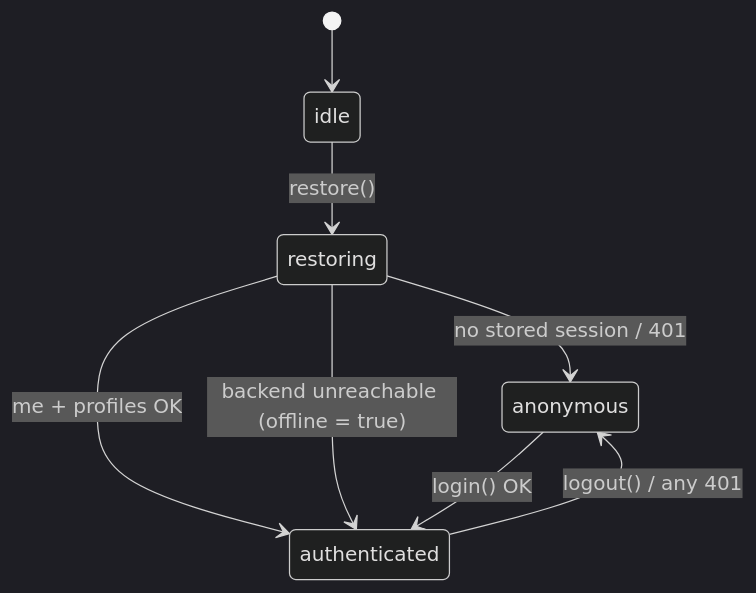
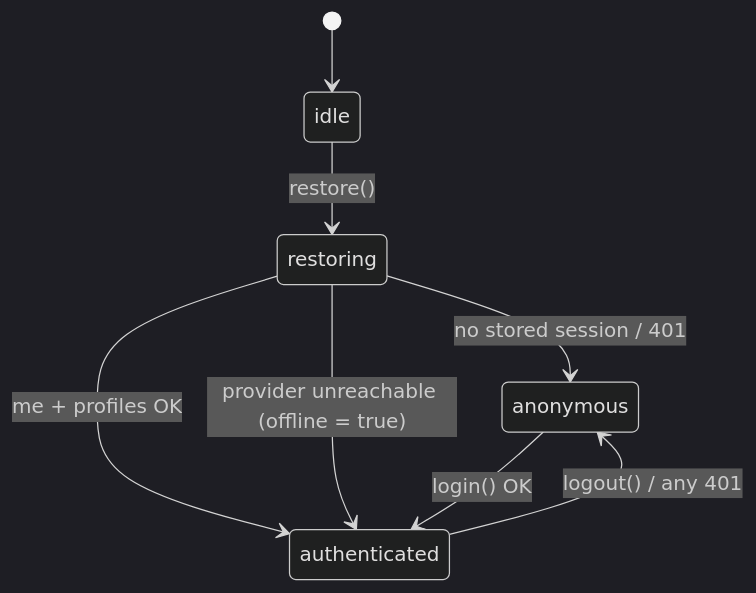
One commit to brunoccst/iptv-player changed the diagram in packages/shared/src/stores/README.md. Above: the diagram before and after it, drawn with Mermaid (dark theme). The commit also changed 313 other files, not shown here.

````diff
--- a/packages/shared/src/stores/README.md
+++ b/packages/shared/src/stores/README.md
@@ -23,10 +23,10 @@
 ```mermaid
 stateDiagram-v2
   [*] --> idle
   idle --> restoring: restore()
   restoring --> anonymous: no stored session / 401
   restoring --> authenticated: me + profiles OK
-  restoring --> authenticated: backend unreachable (offline = true)
+  restoring --> authenticated: provider unreachable (offline = true)
   anonymous --> authenticated: login() OK
   authenticated --> anonymous: logout() / any 401
 ```
````
